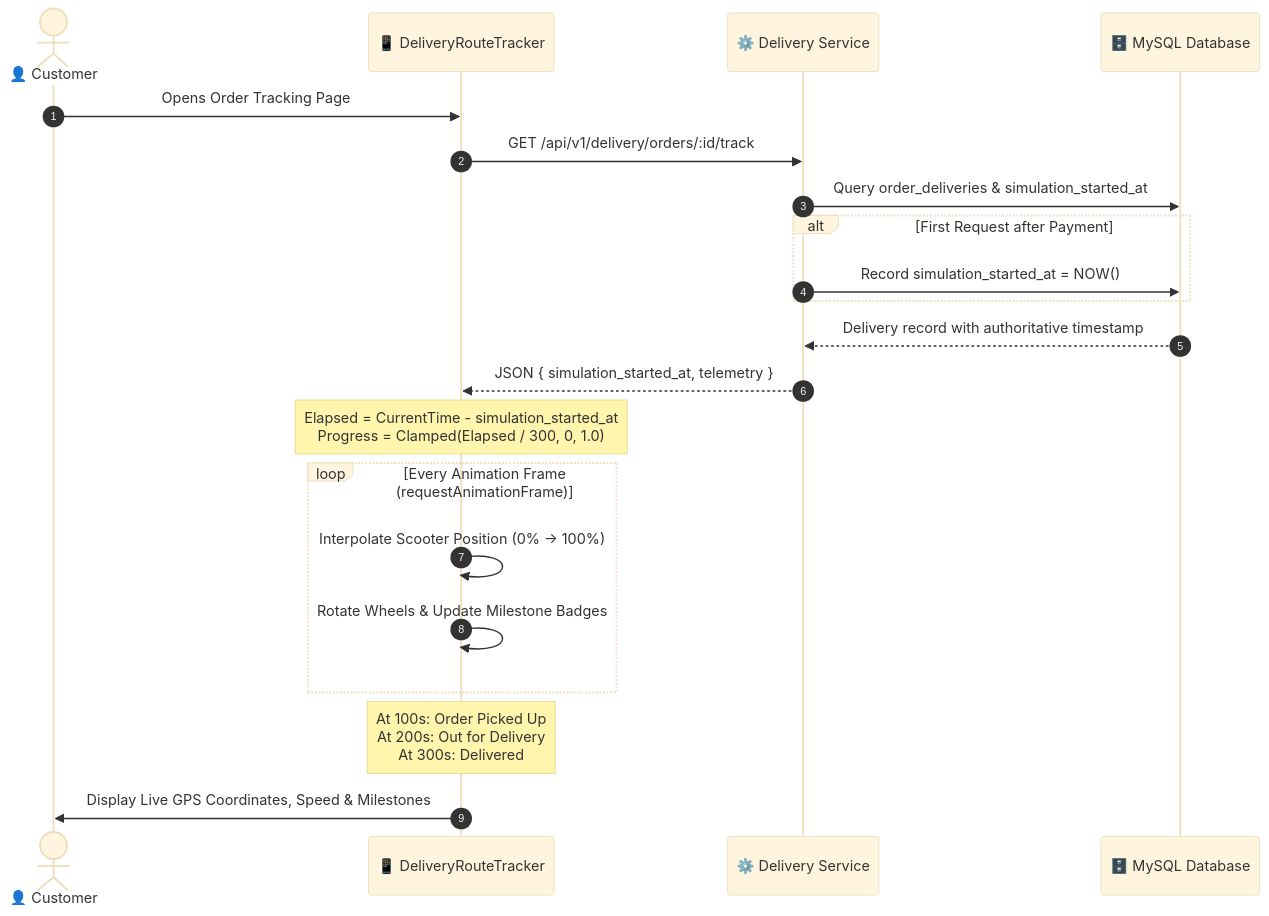
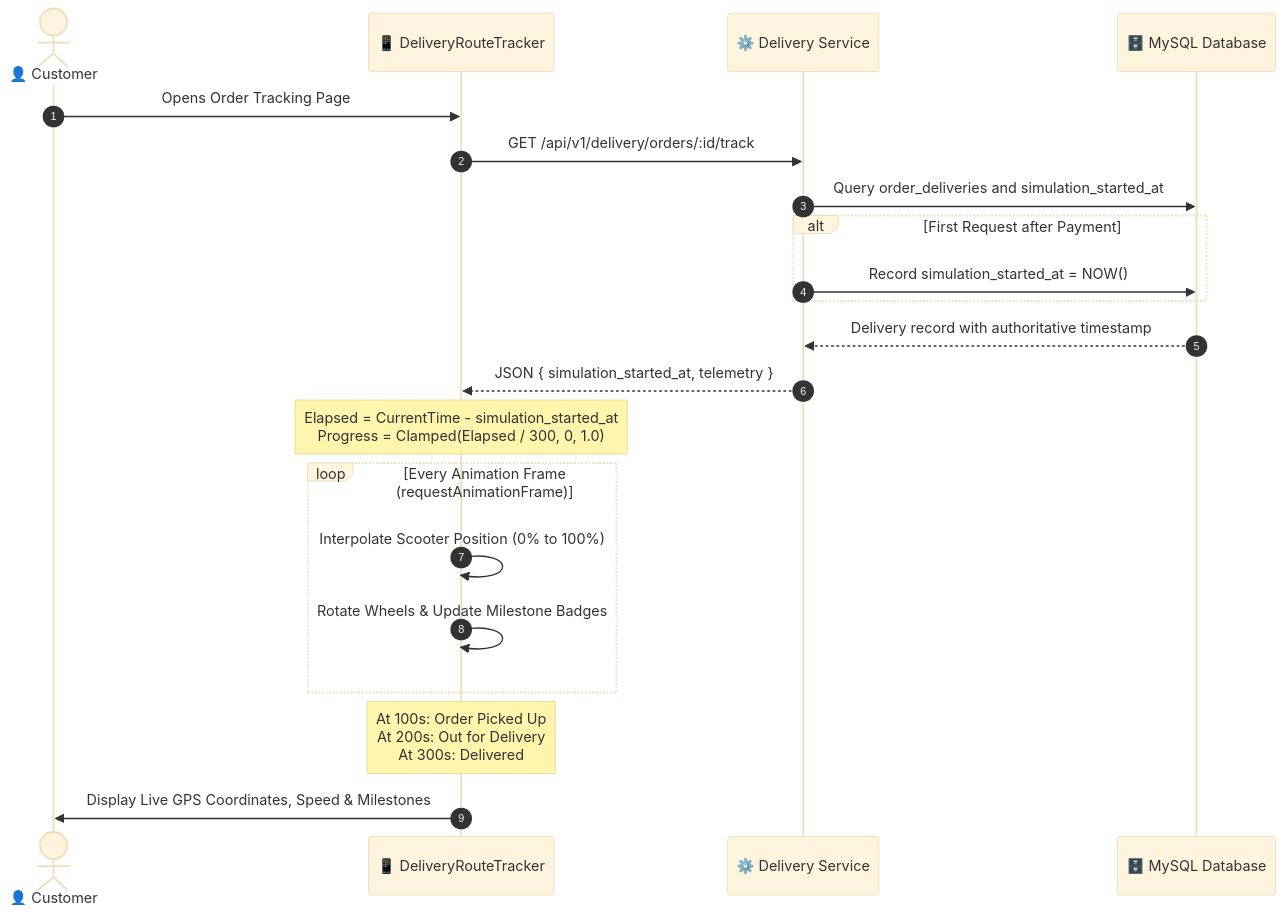
The second of 3 diagrams in README.md (VLakshmiChandana/Mithai_Mahal), drawn with Mermaid (base theme) before and after one commit. The commit also changed other lines of this file, not shown here.

Commit message:
Fix Mermaid diagram syntax in README for GitHub markdown renderer

````diff
--- a/README.md
+++ b/README.md
@@ -106,24 +121,24 @@
 ```mermaid
 sequenceDiagram
     autonumber
     actor Customer as 👤 Customer
     participant Frontend as 📱 DeliveryRouteTracker
     participant Backend as ⚙️ Delivery Service
     participant DB as 🗄️ MySQL Database
 
     Customer->>Frontend: Opens Order Tracking Page
     Frontend->>Backend: GET /api/v1/delivery/orders/:id/track
-    Backend->>DB: Query order_deliveries & simulation_started_at
+    Backend->>DB: Query order_deliveries and simulation_started_at
     alt First Request after Payment
         Backend->>DB: Record simulation_started_at = NOW()
     end
     DB-->>Backend: Delivery record with authoritative timestamp
     Backend-->>Frontend: JSON { simulation_started_at, telemetry }
     Note over Frontend: Elapsed = CurrentTime - simulation_started_at<br/>Progress = Clamped(Elapsed / 300, 0, 1.0)
     loop Every Animation Frame (requestAnimationFrame)
-        Frontend->>Frontend: Interpolate Scooter Position (0% -> 100%)
+        Frontend->>Frontend: Interpolate Scooter Position (0% to 100%)
         Frontend->>Frontend: Rotate Wheels & Update Milestone Badges
     end
     Note over Frontend: At 100s: Order Picked Up<br/>At 200s: Out for Delivery<br/>At 300s: Delivered
     Frontend->>Customer: Display Live GPS Coordinates, Speed & Milestones
 ```
````
